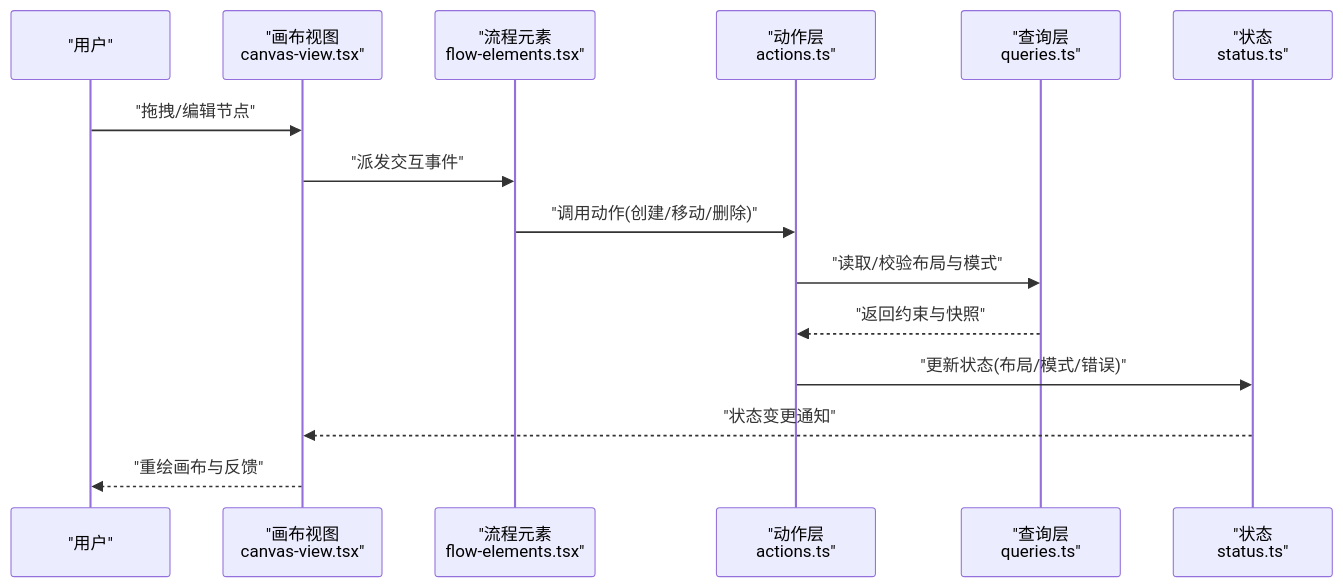
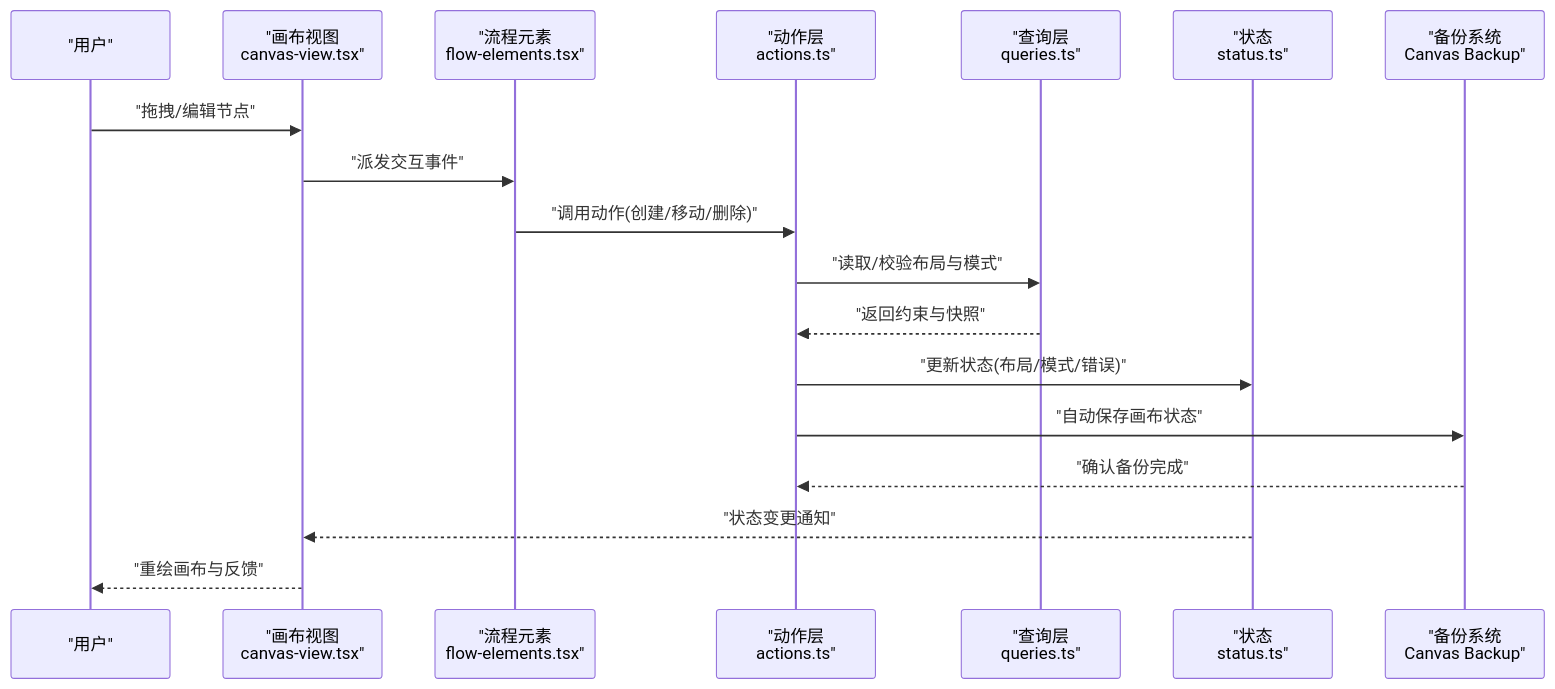
The third of 9 diagrams in .qoder/repowiki/zh/content/UI 组件库/设计系统/PurpleInk v3 设计系统.md (AIMFllyYS/code-video-canvas), drawn with Mermaid before and after one commit. The commit also changed other lines of this file and 44 other files, not shown here.

````diff
--- a/.qoder/repowiki/zh/content/UI 组件库/设计系统/PurpleInk v3 设计系统.md
+++ b/.qoder/repowiki/zh/content/UI 组件库/设计系统/PurpleInk v3 设计系统.md
@@ -318,17 +350,20 @@
 ```mermaid
 sequenceDiagram
 participant U as "用户"
 participant V as "画布视图<br/>canvas-view.tsx"
 participant E as "流程元素<br/>flow-elements.tsx"
 participant A as "动作层<br/>actions.ts"
 participant Q as "查询层<br/>queries.ts"
 participant S as "状态<br/>status.ts"
+participant B as "备份系统<br/>Canvas Backup"
 U->>V : "拖拽/编辑节点"
 V->>E : "派发交互事件"
 E->>A : "调用动作(创建/移动/删除)"
 A->>Q : "读取/校验布局与模式"
 Q-->>A : "返回约束与快照"
 A->>S : "更新状态(布局/模式/错误)"
+A->>B : "自动保存画布状态"
+B-->>A : "确认备份完成"
 S-->>V : "状态变更通知"
 V-->>U : "重绘画布与反馈"
 ```
````
